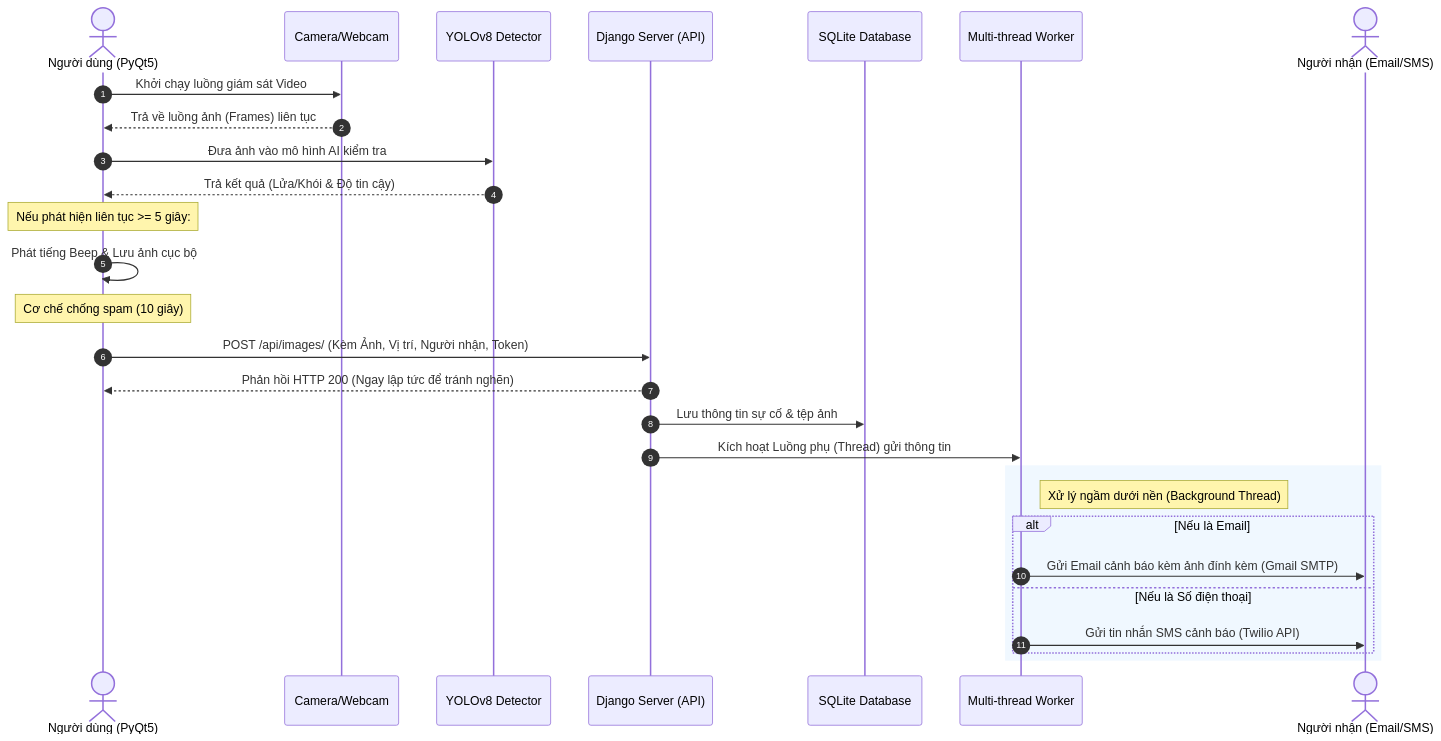
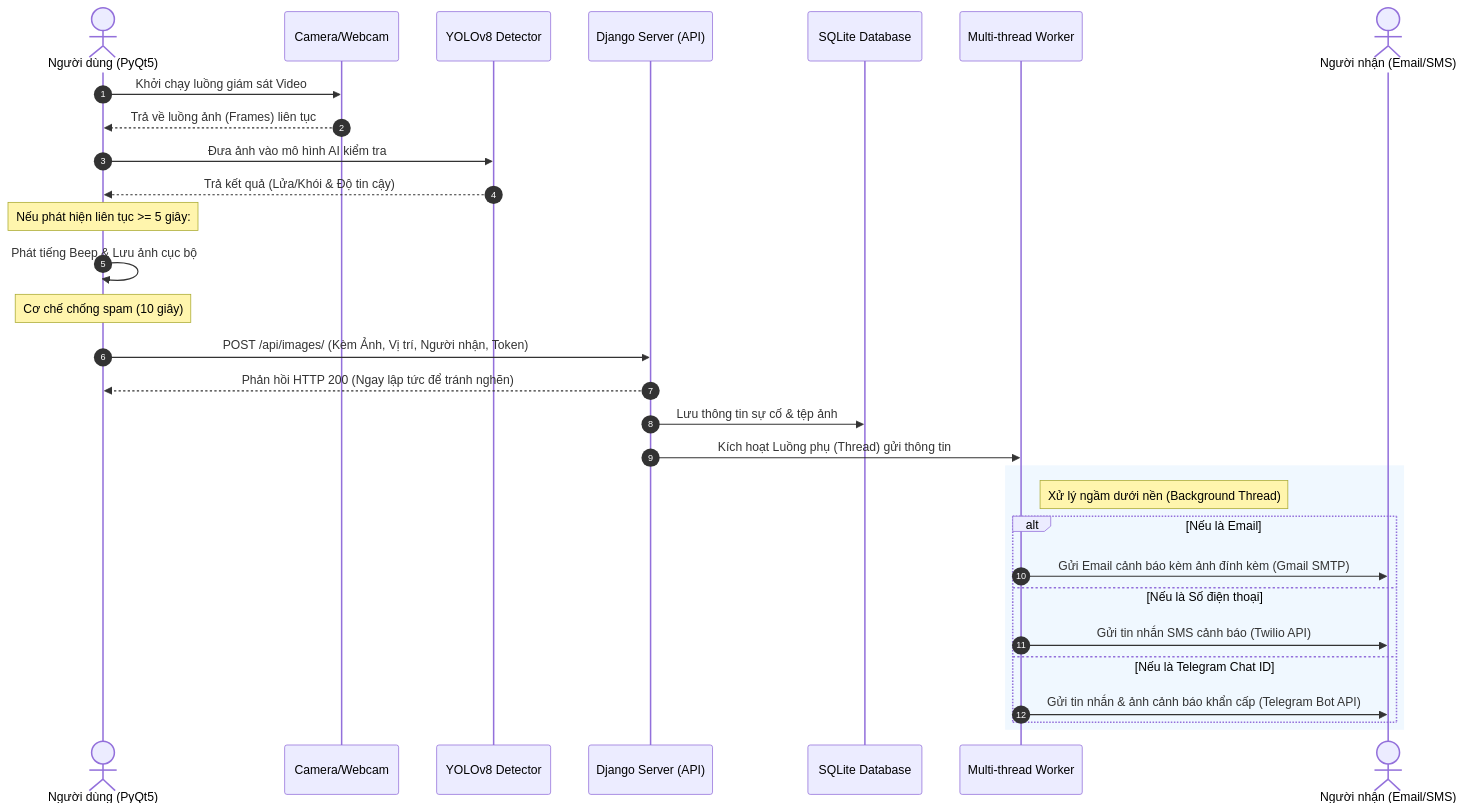
The diagram in README.md (nguyentainang246s-aduvip/Fire-Detection-YOLOv8.), drawn with Mermaid before and after one commit. The commit also changed other lines of this file, not shown here.

Commit message:
bổ sung telegram

````diff
--- a/README.md
+++ b/README.md
@@ -27,32 +29,34 @@
 ```mermaid
 sequenceDiagram
     autonumber
     actor U as Người dùng (PyQt5)
     participant C as Camera/Webcam
     participant AI as YOLOv8 Detector
     participant S as Django Server (API)
     participant DB as SQLite Database
     participant NT as Multi-thread Worker
     actor R as Người nhận (Email/SMS)
 
     U->>C: Khởi chạy luồng giám sát Video
     C-->>U: Trả về luồng ảnh (Frames) liên tục
     U->>AI: Đưa ảnh vào mô hình AI kiểm tra
     AI-->>U: Trả kết quả (Lửa/Khói & Độ tin cậy)
     Note over U: Nếu phát hiện liên tục >= 5 giây:
     U->>U: Phát tiếng Beep & Lưu ảnh cục bộ
     Note over U: Cơ chế chống spam (10 giây)
     U->>S: POST /api/images/ (Kèm Ảnh, Vị trí, Người nhận, Token)
     S-->>U: Phản hồi HTTP 200 (Ngay lập tức để tránh nghẽn)
     S->>DB: Lưu thông tin sự cố & tệp ảnh
     S->>NT: Kích hoạt Luồng phụ (Thread) gửi thông tin
     
     rect rgb(240, 248, 255)
         note right of NT: Xử lý ngầm dưới nền (Background Thread)
         alt Nếu là Email
             NT->>R: Gửi Email cảnh báo kèm ảnh đính kèm (Gmail SMTP)
         else Nếu là Số điện thoại
             NT->>R: Gửi tin nhắn SMS cảnh báo (Twilio API)
+        else Nếu là Telegram Chat ID
+            NT->>R: Gửi tin nhắn & ảnh cảnh báo khẩn cấp (Telegram Bot API)
         end
     end
 ```
````
